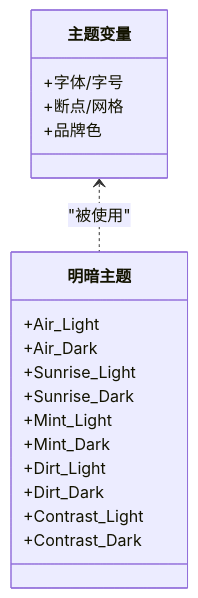
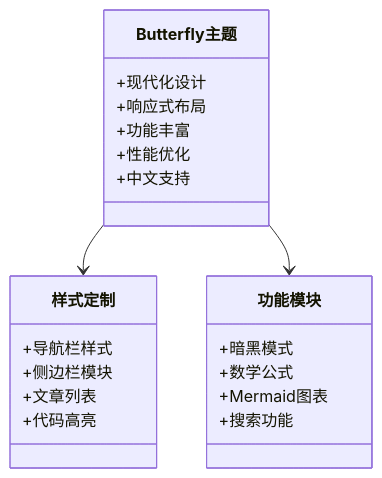
Before and after one commit to CoolPig0720/CoolPig0720.github.io: the fifth of 8 diagrams in .qoder/repowiki/zh/content/项目概述/项目概述.md, drawn with Mermaid. The commit also changed other lines of this file and 36 other files, not shown here.

````diff
--- a/.qoder/repowiki/zh/content/项目概述/项目概述.md
+++ b/.qoder/repowiki/zh/content/项目概述/项目概述.md
@@ -295,21 +289,24 @@
 ```mermaid
 classDiagram
-class 主题变量 {
-+字体/字号
-+断点/网格
-+品牌色
+class Butterfly主题 {
++现代化设计
++响应式布局
++功能丰富
++性能优化
++中文支持
 }
-class 明暗主题 {
-+Air_Light
-+Air_Dark
-+Sunrise_Light
-+Sunrise_Dark
-+Mint_Light
-+Mint_Dark
-+Dirt_Light
-+Dirt_Dark
-+Contrast_Light
-+Contrast_Dark
+class 样式定制 {
++导航栏样式
++侧边栏模块
++文章列表
++代码高亮
 }
-主题变量 <.. 明暗主题 : "被使用"
+class 功能模块 {
++暗黑模式
++数学公式
++Mermaid图表
++搜索功能
+}
+Butterfly主题 --> 样式定制
+Butterfly主题 --> 功能模块
 ```
````
